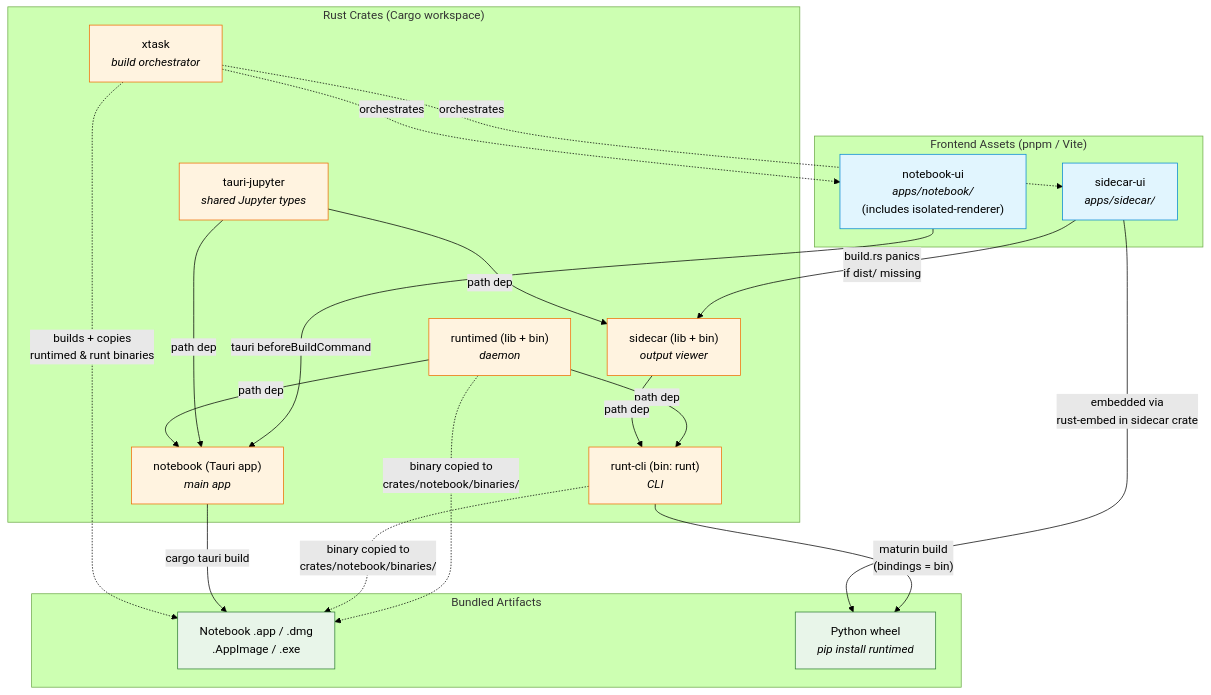
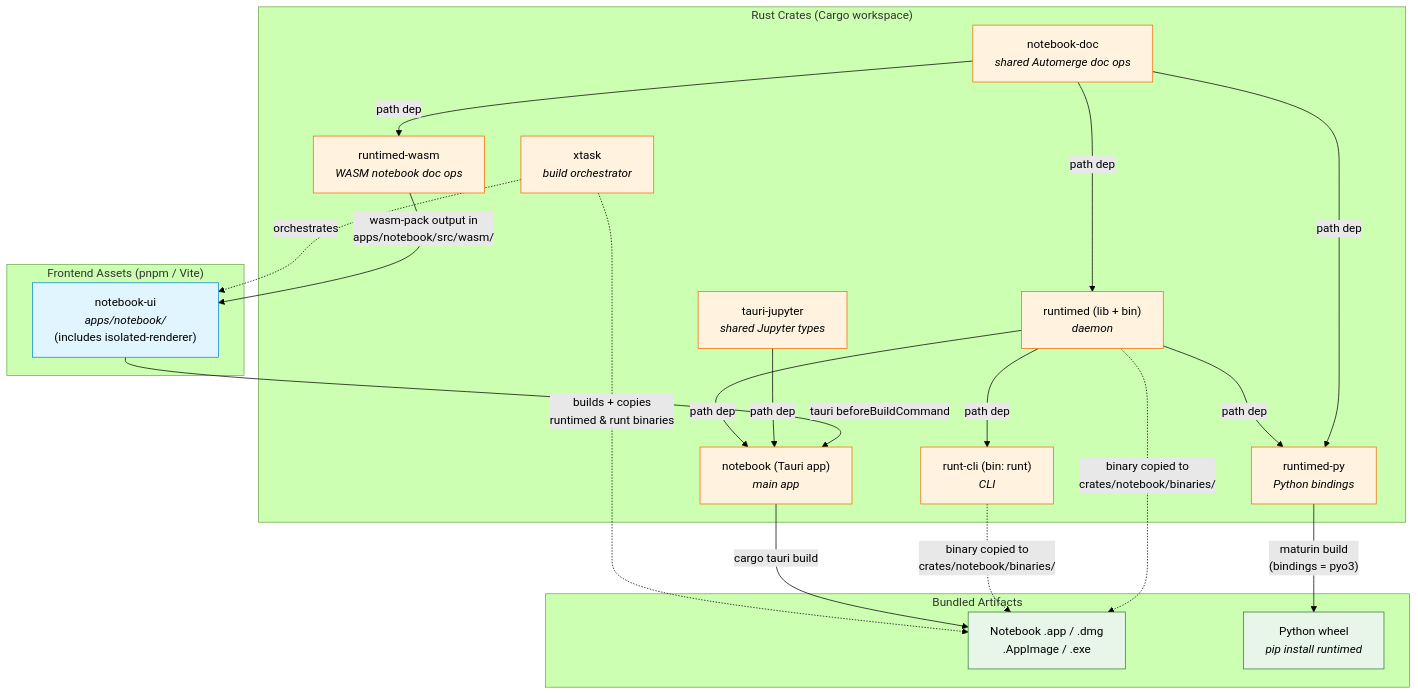
Before and after one commit to nteract/desktop: the first of 3 diagrams in contributing/build-dependencies.md, drawn with Mermaid (forest theme). The commit also changed other lines of this file and 10 other files, not shown here.

````diff
--- a/contributing/build-dependencies.md
+++ b/contributing/build-dependencies.md
@@ -15,54 +14,55 @@
 ```mermaid
 graph TD
     subgraph "Frontend Assets (pnpm / Vite)"
-        SUI["sidecar-ui<br/><i>apps/sidecar/</i>"]
         NUI["notebook-ui<br/><i>apps/notebook/</i><br/>(includes isolated-renderer)"]
     end
 
     subgraph "Rust Crates (Cargo workspace)"
         TJ["tauri-jupyter<br/><i>shared Jupyter types</i>"]
+        ND["notebook-doc<br/><i>shared Automerge doc ops</i>"]
         RD["runtimed (lib + bin)<br/><i>daemon</i>"]
-        SC["sidecar (lib + bin)<br/><i>output viewer</i>"]
         RC["runt-cli (bin: runt)<br/><i>CLI</i>"]
         NB["notebook (Tauri app)<br/><i>main app</i>"]
         XT["xtask<br/><i>build orchestrator</i>"]
+        RWASM["runtimed-wasm<br/><i>WASM notebook doc ops</i>"]
+        RDPY["runtimed-py<br/><i>Python bindings</i>"]
     end
 
     subgraph "Bundled Artifacts"
         APP["Notebook .app / .dmg<br/>.AppImage / .exe"]
         PY["Python wheel<br/><i>pip install runtimed</i>"]
     end
 
     %% Frontend → Rust compile-time dependencies
-    SUI -->|"build.rs panics<br/>if dist/ missing"| SC
     NUI -->|"tauri beforeBuildCommand"| NB
+    RWASM -->|"wasm-pack output in<br/>apps/notebook/src/wasm/"| NUI
 
     %% Rust crate dependencies (path deps in Cargo.toml)
-    TJ -->|"path dep"| SC
     TJ -->|"path dep"| NB
+    ND -->|"path dep"| RD
+    ND -->|"path dep"| RWASM
+    ND -->|"path dep"| RDPY
     RD -->|"path dep"| NB
     RD -->|"path dep"| RC
-    SC -->|"path dep"| RC
+    RD -->|"path dep"| RDPY
 
     %% External binary bundling (not a Cargo dep — a Tauri bundle dep)
     RD -.->|"binary copied to<br/>crates/notebook/binaries/"| APP
     RC -.->|"binary copied to<br/>crates/notebook/binaries/"| APP
     NB -->|"cargo tauri build"| APP
 
     %% Python package
-    RC -->|"maturin build<br/>(bindings = bin)"| PY
-    SUI -->|"embedded via<br/>rust-embed in sidecar crate"| PY
+    RDPY -->|"maturin build<br/>(bindings = pyo3)"| PY
 
     %% xtask orchestrates everything
-    XT -.->|"orchestrates"| SUI
     XT -.->|"orchestrates"| NUI
     XT -.->|"builds + copies<br/>runtimed & runt binaries"| APP
 
     classDef frontend fill:#e1f5fe,stroke:#0288d1
     classDef rust fill:#fff3e0,stroke:#ef6c00
     classDef artifact fill:#e8f5e9,stroke:#2e7d32
 
-    class SUI,NUI frontend
-    class TJ,RD,SC,RC,NB,XT rust
+    class NUI frontend
+    class TJ,ND,RD,RC,NB,XT,RWASM,RDPY rust
     class APP,PY artifact
 ```
````
